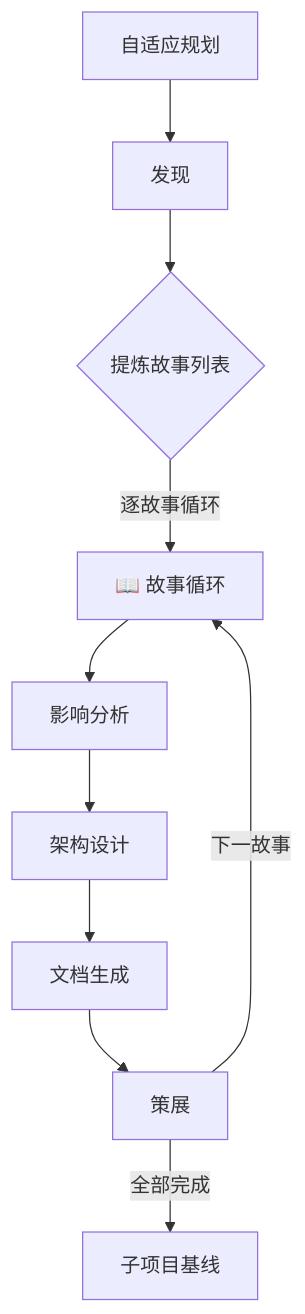
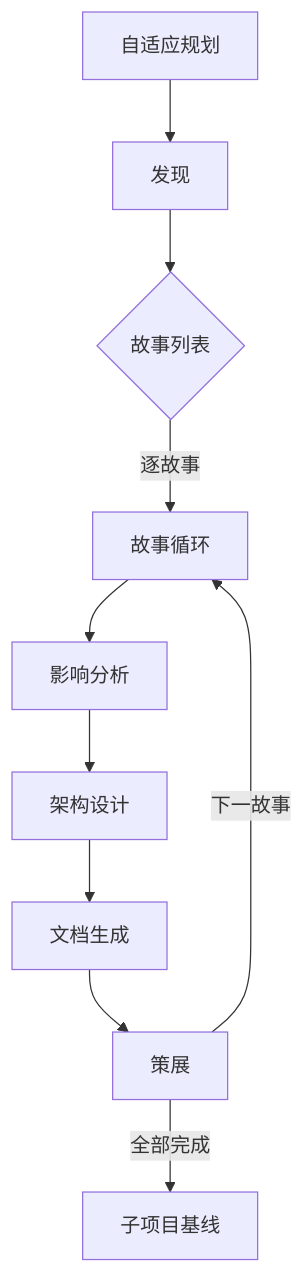
One commit to effiy/YrY changed the second of 6 diagrams in skills/rui/SKILL.md. Above: the diagram before and after it, drawn with Mermaid. The commit also changed other lines of this file and 18 other files, not shown here.

````diff
--- a/skills/rui/SKILL.md
+++ b/skills/rui/SKILL.md
@@ -310,12 +102,12 @@
 ```mermaid
 flowchart TD
     D0[自适应规划] --> D1[发现]
-    D1 --> STORIES{提炼故事列表}
-    STORIES -->|逐故事循环| LOOP["📖 故事循环"]
+    D1 --> STORIES{故事列表}
+    STORIES -->|逐故事| LOOP["故事循环"]
     LOOP --> D2[影响分析]
     D2 --> D3[架构设计]
     D3 --> D4[文档生成]
     D4 --> D5[策展]
     D5 -->|下一故事| LOOP
     D5 -->|全部完成| D7[子项目基线]
 ```
````
